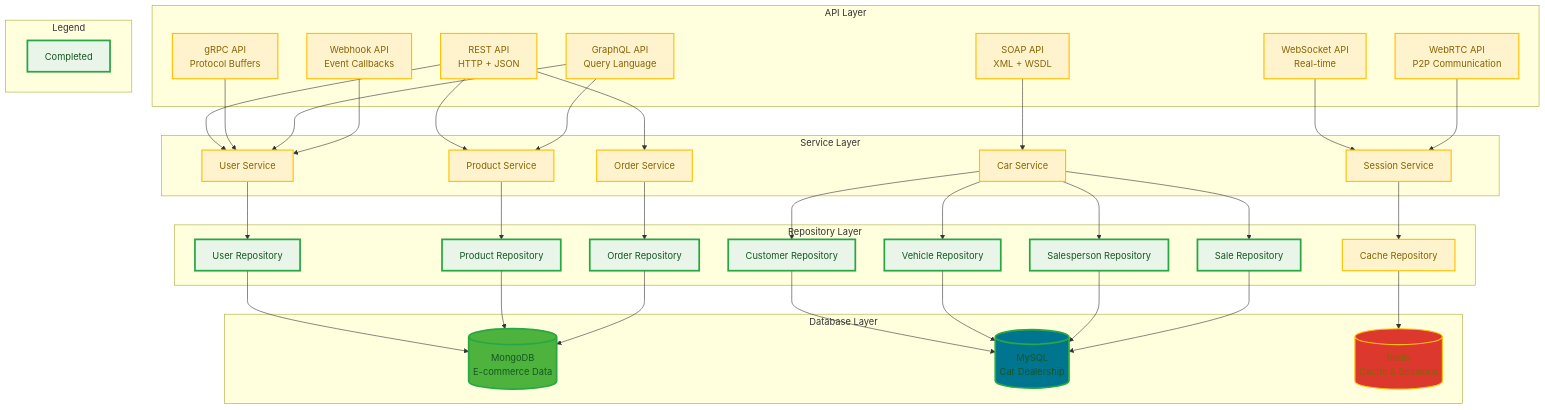
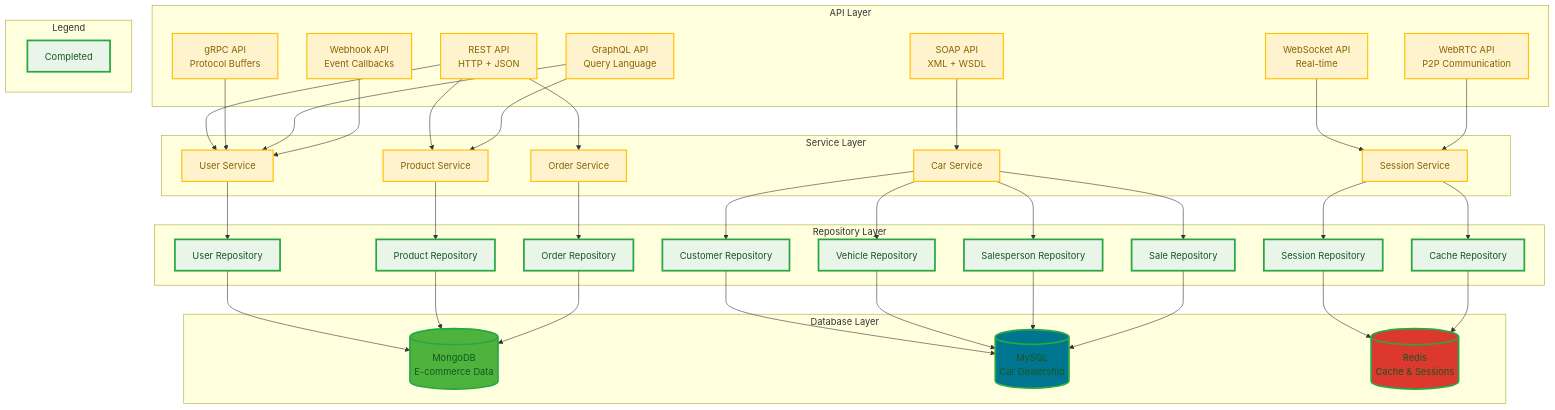
One commit to mckriel/api-server changed the diagram in README.md. Above: the diagram before and after it, drawn with Mermaid. The commit also changed 3 other files, not shown here.

Commit message:
completed redis repository and updated diagram

```diff
--- a/README.md
+++ b/README.md
@@ -45,6 +45,7 @@
         VehicleRepo[Vehicle Repository]
         SalespersonRepo[Salesperson Repository]
         SaleRepo[Sale Repository]
+        SessionRepo[Session Repository]
         CacheRepo[Cache Repository]
     end
 
@@ -76,6 +77,7 @@
     CarSvc --> VehicleRepo
     CarSvc --> SalespersonRepo
     CarSvc --> SaleRepo
+    SessionSvc --> SessionRepo
     SessionSvc --> CacheRepo
 
     UserRepo --> MongoDB
@@ -85,6 +87,7 @@
     VehicleRepo --> MySQL
     SalespersonRepo --> MySQL
     SaleRepo --> MySQL
+    SessionRepo --> Redis
     CacheRepo --> Redis
 
     %% Database styling (keep original database colors)
@@ -99,9 +102,9 @@
     %% Apply completed styling to implemented components
     class UserRepo,ProductRepo,OrderRepo,MongoDB completed
     class CustomerRepo,VehicleRepo,SalespersonRepo,SaleRepo,MySQL completed
+    class SessionRepo,CacheRepo,Redis completed
     
     %% Apply pending styling to not-yet-implemented components
-    class CacheRepo,Redis pending
     class UserSvc,ProductSvc,OrderSvc,CarSvc,SessionSvc pending
     class REST,SOAP,GRPC,GraphQL,WS,WebRTC,Webhook pending
 
```
